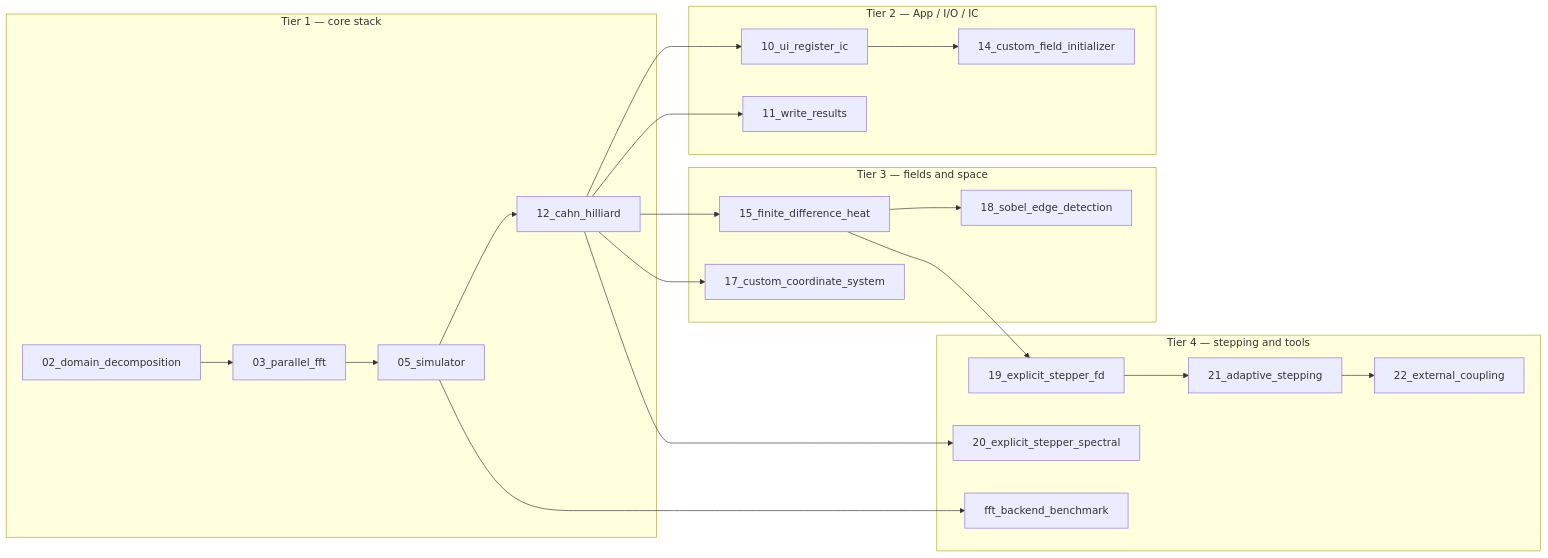
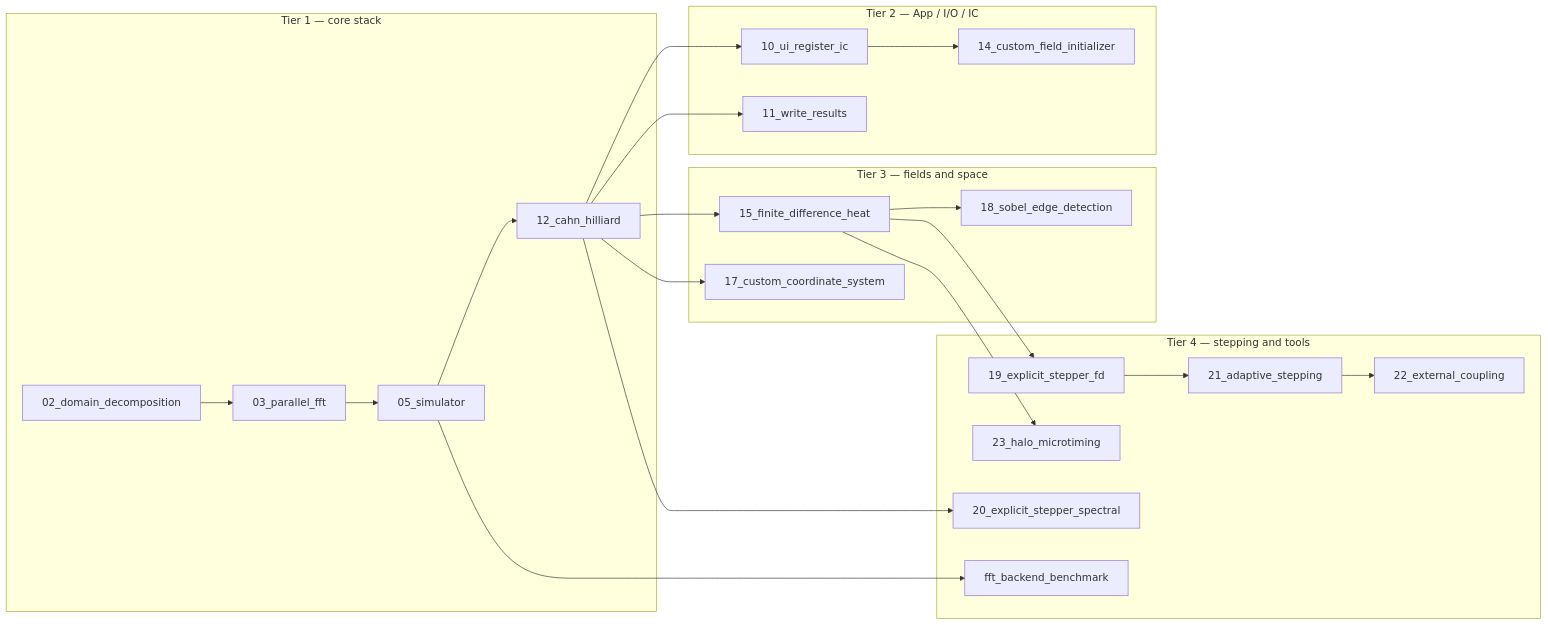
Before and after one commit to VTT-ProperTune/OpenPFC: the diagram in docs/reference/examples_catalog.md, drawn with Mermaid. The commit also changed other lines of this file and 4 other files, not shown here.

First line of the commit message:
feat(halo): add HaloExchange microtiming example

````diff
--- a/docs/reference/examples_catalog.md
+++ b/docs/reference/examples_catalog.md
@@ -18,37 +18,39 @@
 ```mermaid
 flowchart LR
   subgraph t1 [Tier 1 — core stack]
     A[02_domain_decomposition]
     B[03_parallel_fft]
     C[05_simulator]
     D[12_cahn_hilliard]
   end
   subgraph t2 [Tier 2 — App / I/O / IC]
     E[10_ui_register_ic]
     F[11_write_results]
     G[14_custom_field_initializer]
   end
   subgraph t3 [Tier 3 — fields and space]
     H[15_finite_difference_heat]
     I[17_custom_coordinate_system]
     J[18_sobel_edge_detection]
   end
   subgraph t4 [Tier 4 — stepping and tools]
     K[19_explicit_stepper_fd]
     L[20_explicit_stepper_spectral]
     N[21_adaptive_stepping]
     O[22_external_coupling]
+    P[23_halo_microtiming]
     M[fft_backend_benchmark]
   end
   A --> B --> C --> D
   D --> E
   D --> F
   E --> G
   D --> H --> J
   D --> I
   H --> K
+  H --> P
   D --> L
   K --> N
   N --> O
   C --> M
 ```
````
